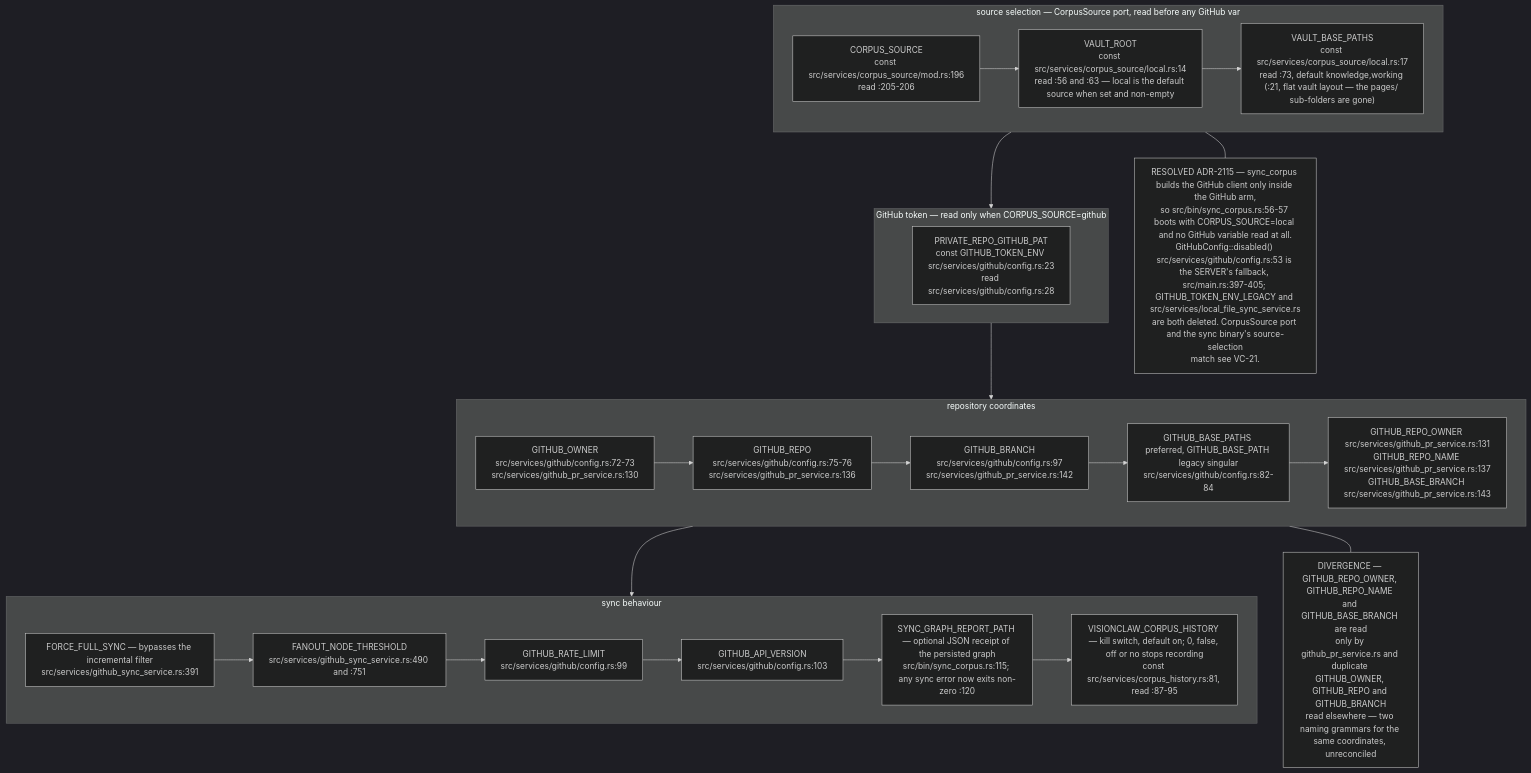
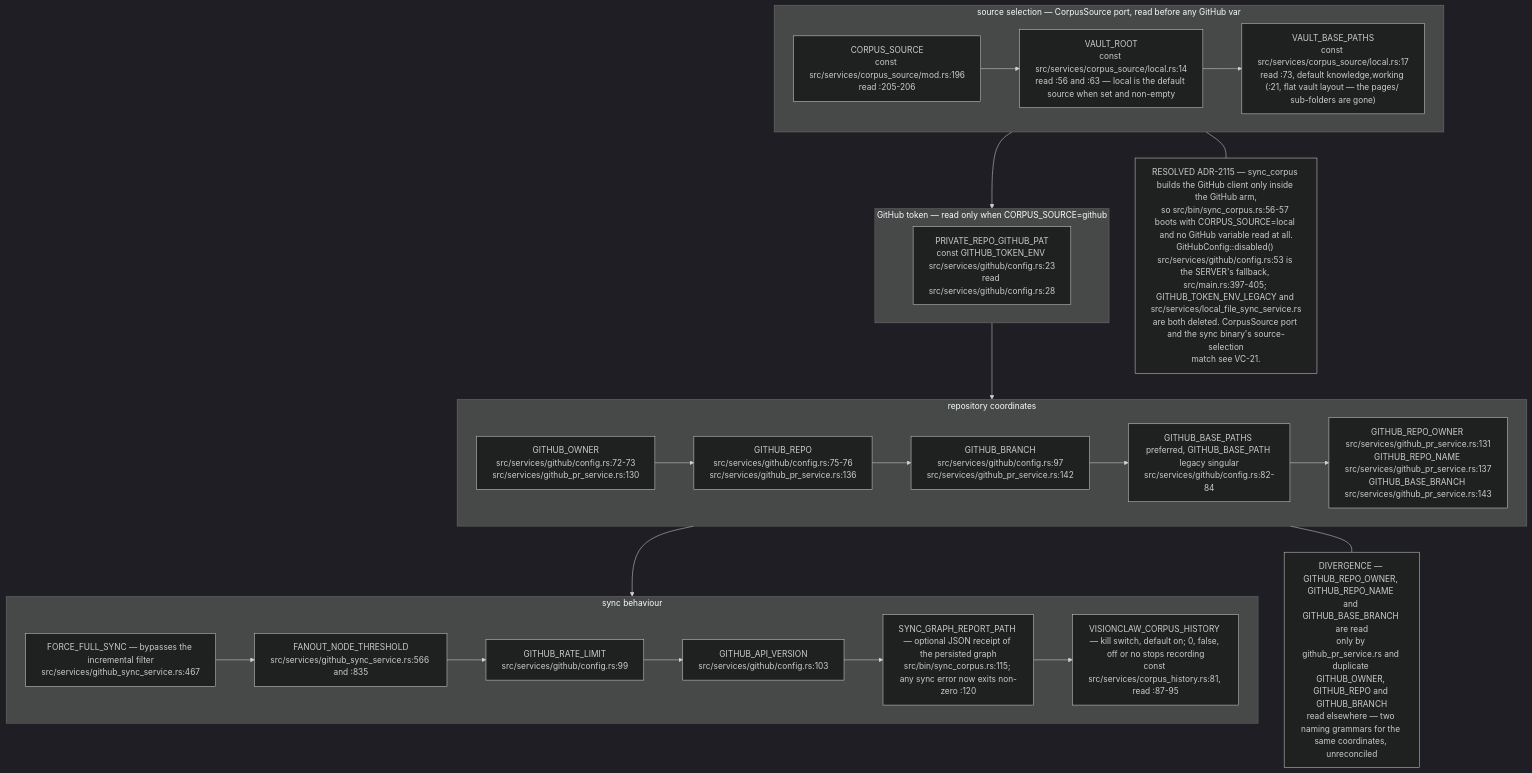
One commit to DreamLab-AI/VisionFlow changed diagram 11 of 16 in docs/diagrams/visionclaw/09-config-and-env-flags.md. Above: the diagram before and after it, drawn with Mermaid (dark theme). The commit also changed other lines of this file and 81 other files, not shown here.

First line of the commit message:
docs(diagrams): roll VisionClaw topics to main 010e1109b (PR 37 and 38 merged); fix remaining prose citations

````diff
--- a/docs/diagrams/visionclaw/09-config-and-env-flags.md
+++ b/docs/diagrams/visionclaw/09-config-and-env-flags.md
@@ -470,20 +470,20 @@
 ```mermaid
 flowchart TB
     subgraph SEL["source selection — CorpusSource port, read before any GitHub var"]
         C1["CORPUS_SOURCE<br/>const src/services/corpus_source/mod.rs:196<br/>read :205-206"] --> C2["VAULT_ROOT<br/>const src/services/corpus_source/local.rs:14<br/>read :56 and :63 — local is the default source when set and non-empty"] --> C3["VAULT_BASE_PATHS<br/>const src/services/corpus_source/local.rs:17<br/>read :73, default knowledge,working (:21, flat vault layout — the pages/ sub-folders are gone)"]
     end
     subgraph TOK["GitHub token — read only when CORPUS_SOURCE=github"]
         T1["PRIVATE_REPO_GITHUB_PAT<br/>const GITHUB_TOKEN_ENV src/services/github/config.rs:23<br/>read src/services/github/config.rs:28"]
     end
     subgraph LOC["repository coordinates"]
         L1["GITHUB_OWNER<br/>src/services/github/config.rs:72-73<br/>src/services/github_pr_service.rs:130"] --> L2["GITHUB_REPO<br/>src/services/github/config.rs:75-76<br/>src/services/github_pr_service.rs:136"] --> L3["GITHUB_BRANCH<br/>src/services/github/config.rs:97<br/>src/services/github_pr_service.rs:142"] --> L4["GITHUB_BASE_PATHS preferred, GITHUB_BASE_PATH legacy singular<br/>src/services/github/config.rs:82-84"] --> L5["GITHUB_REPO_OWNER src/services/github_pr_service.rs:131<br/>GITHUB_REPO_NAME src/services/github_pr_service.rs:137<br/>GITHUB_BASE_BRANCH src/services/github_pr_service.rs:143"]
     end
     subgraph BEHAV["sync behaviour"]
-        B1["FORCE_FULL_SYNC — bypasses the incremental filter<br/>src/services/github_sync_service.rs:391"] --> B2["FANOUT_NODE_THRESHOLD<br/>src/services/github_sync_service.rs:490 and :751"] --> B3["GITHUB_RATE_LIMIT<br/>src/services/github/config.rs:99"] --> B4["GITHUB_API_VERSION<br/>src/services/github/config.rs:103"] --> B5["SYNC_GRAPH_REPORT_PATH — optional JSON receipt of the persisted graph<br/>src/bin/sync_corpus.rs:115; any sync error now exits non-zero :120"] --> B6["VISIONCLAW_CORPUS_HISTORY — kill switch, default on; 0, false, off or no stops recording<br/>const src/services/corpus_history.rs:81, read :87-95"]
+        B1["FORCE_FULL_SYNC — bypasses the incremental filter<br/>src/services/github_sync_service.rs:467"] --> B2["FANOUT_NODE_THRESHOLD<br/>src/services/github_sync_service.rs:566 and :835"] --> B3["GITHUB_RATE_LIMIT<br/>src/services/github/config.rs:99"] --> B4["GITHUB_API_VERSION<br/>src/services/github/config.rs:103"] --> B5["SYNC_GRAPH_REPORT_PATH — optional JSON receipt of the persisted graph<br/>src/bin/sync_corpus.rs:115; any sync error now exits non-zero :120"] --> B6["VISIONCLAW_CORPUS_HISTORY — kill switch, default on; 0, false, off or no stops recording<br/>const src/services/corpus_history.rs:81, read :87-95"]
     end
     SEL --> TOK --> LOC --> BEHAV
     N4["DIVERGENCE — GITHUB_REPO_OWNER, GITHUB_REPO_NAME and GITHUB_BASE_BRANCH are read<br/>only by github_pr_service.rs and duplicate GITHUB_OWNER, GITHUB_REPO and GITHUB_BRANCH<br/>read elsewhere — two naming grammars for the same coordinates, unreconciled"]
     LOC --- N4
     N5["RESOLVED ADR-2115 — sync_corpus builds the GitHub client only inside the GitHub arm,<br/>so src/bin/sync_corpus.rs:56-57 boots with CORPUS_SOURCE=local and no GitHub variable read at all.<br/>GitHubConfig::disabled() src/services/github/config.rs:53 is the SERVER's fallback, src/main.rs:397-405; GITHUB_TOKEN_ENV_LEGACY and src/services/local_file_sync_service.rs<br/>are both deleted. CorpusSource port and the sync binary's source-selection<br/>match see VC-21."]
     SEL --- N5
 ```
````
